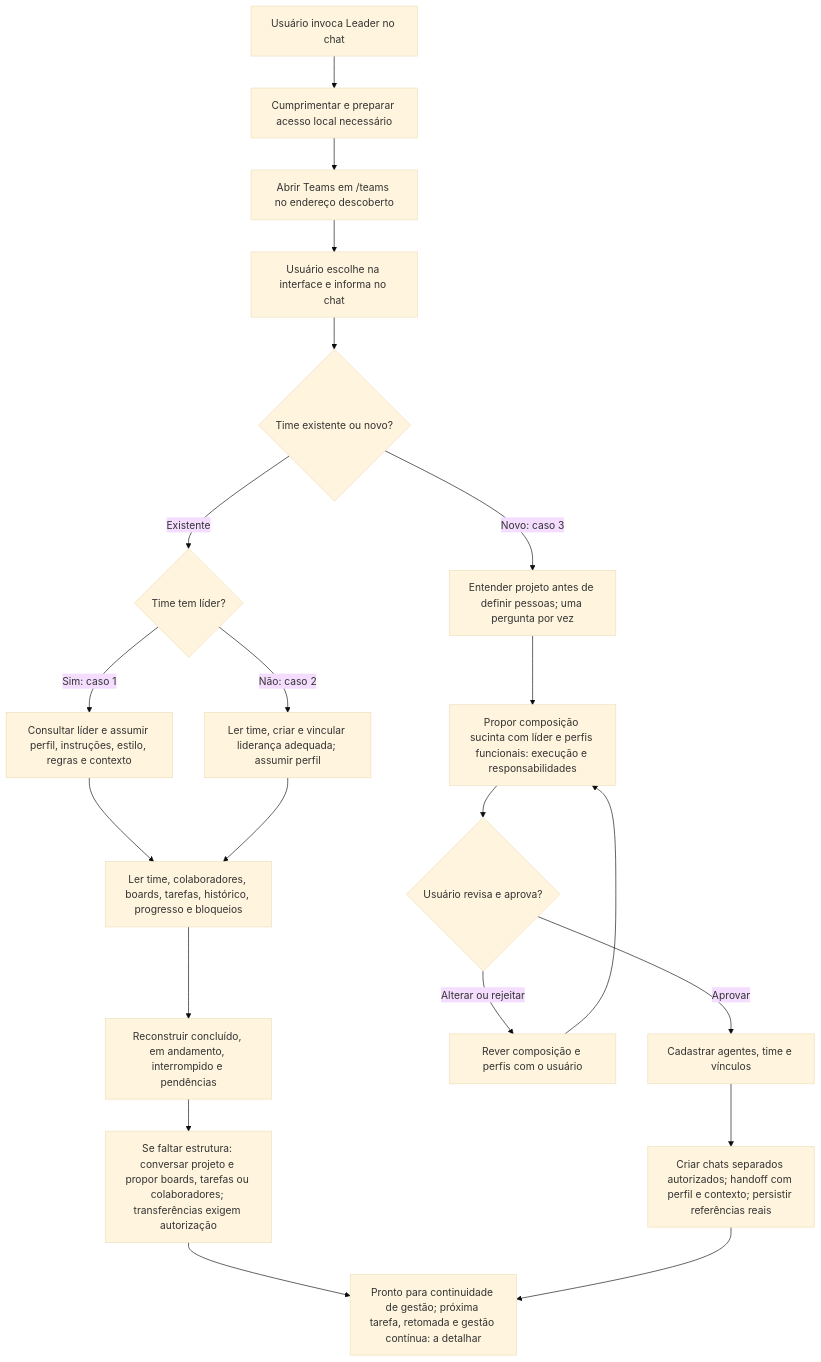
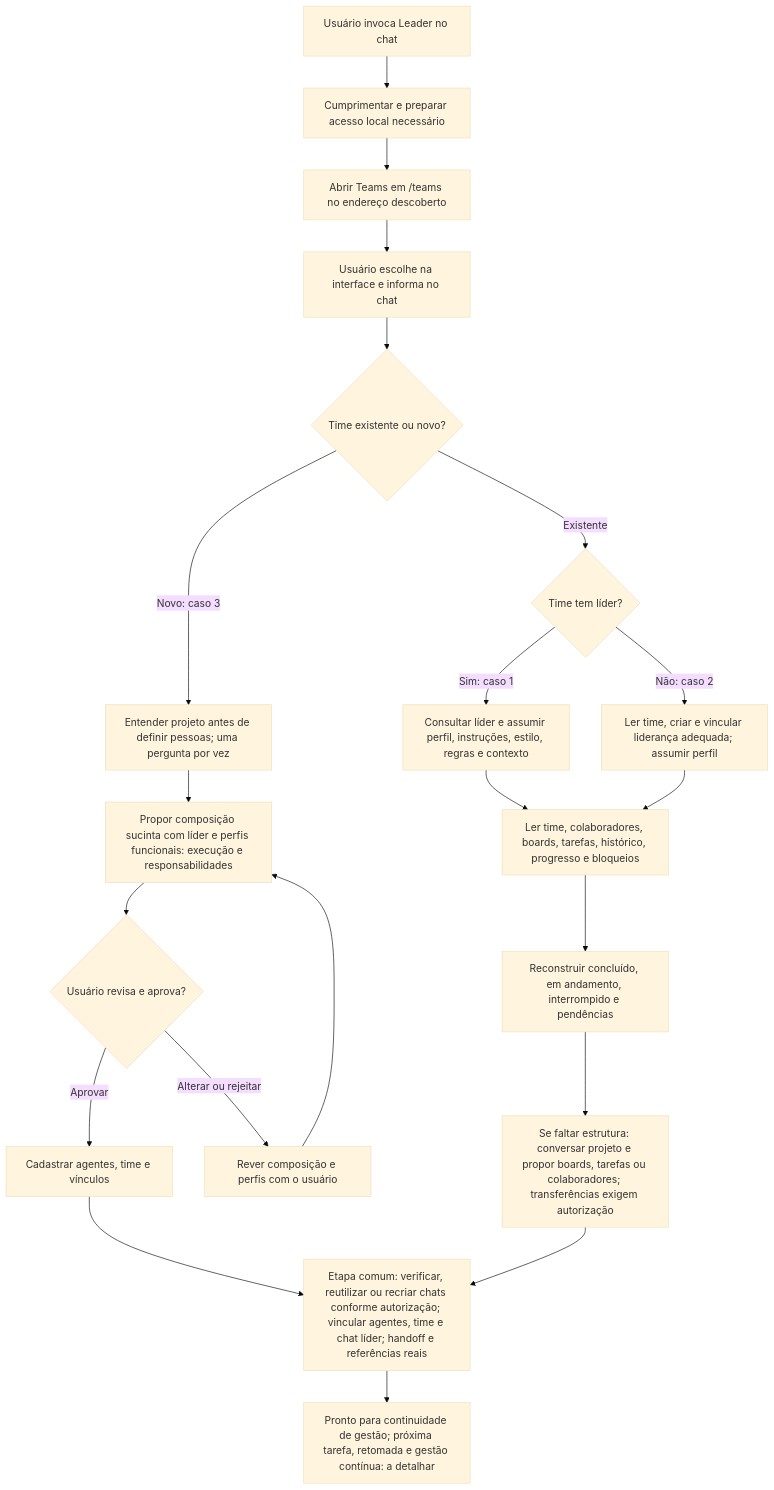
The diagram in docs/leader-onboarding-flows.md (runvibe/beeteam), drawn with Mermaid (base theme) before and after one commit. The commit also changed other lines of this file, not shown here.

Commit message:
docs: make chat coordination common to all leader flows

````diff
--- a/docs/leader-onboarding-flows.md
+++ b/docs/leader-onboarding-flows.md
@@ -7,23 +7,24 @@
 ```mermaid
 flowchart TD
     A["Usuário invoca Leader no chat"] --> B["Cumprimentar e preparar acesso local necessário"]
     B --> C["Abrir Teams em /teams no endereço descoberto"]
     C --> D["Usuário escolhe na interface e informa no chat"]
     D --> E{"Time existente ou novo?"}
     E -->|Existente| F{"Time tem líder?"}
     F -->|Sim: caso 1| G["Consultar líder e assumir perfil, instruções, estilo, regras e contexto"]
     F -->|Não: caso 2| H["Ler time, criar e vincular liderança adequada; assumir perfil"]
     G --> I["Ler time, colaboradores, boards, tarefas, histórico, progresso e bloqueios"]
     H --> I
     I --> J["Reconstruir concluído, em andamento, interrompido e pendências"]
     J --> K["Se faltar estrutura: conversar projeto e propor boards, tarefas ou colaboradores; transferências exigem autorização"]
     E -->|Novo: caso 3| L["Entender projeto antes de definir pessoas; uma pergunta por vez"]
     L --> M["Propor composição sucinta com líder e perfis funcionais: execução e responsabilidades"]
     M --> N{"Usuário revisa e aprova?"}
     N -->|Alterar ou rejeitar| O["Rever composição e perfis com o usuário"]
     O --> M
     N -->|Aprovar| P["Cadastrar agentes, time e vínculos"]
-    P --> Q["Criar chats separados autorizados; handoff com perfil e contexto; persistir referências reais"]
-    K --> R["Pronto para continuidade de gestão; próxima tarefa, retomada e gestão contínua: a detalhar"]
+    P --> Q["Etapa comum: verificar, reutilizar ou recriar chats conforme autorização; vincular agentes, time e chat líder; handoff e referências reais"]
+    K --> Q
     Q --> R
+    R["Pronto para continuidade de gestão; próxima tarefa, retomada e gestão contínua: a detalhar"]
 ```
````
